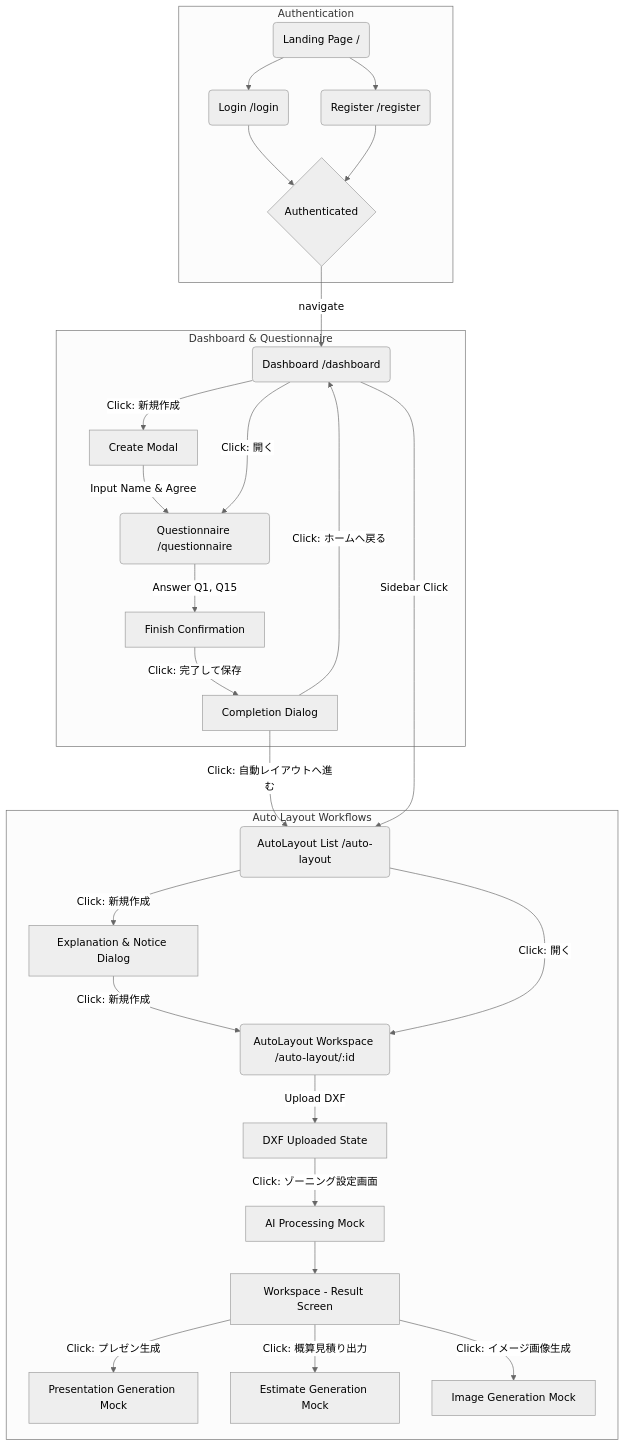
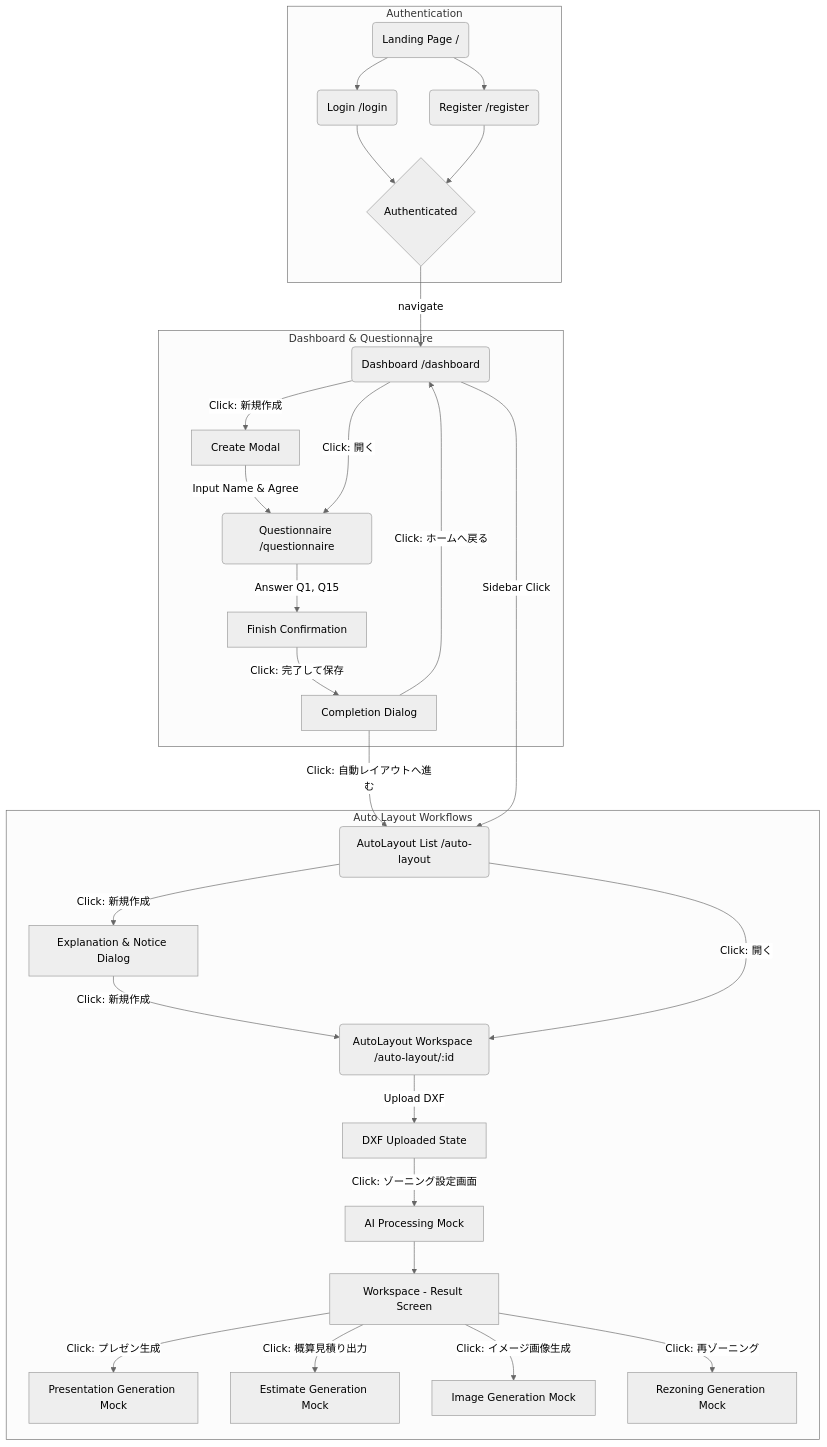
Before and after one commit to Syu-Gyo/DISP-DEMO: the diagram in docs/architecture/flow_diagram.md, drawn with Mermaid (neutral theme). The commit also changed 1 other file, not shown here.

Commit message:
docs: update diagrams to include rezoning generation flow

````diff
--- a/docs/architecture/flow_diagram.md
+++ b/docs/architecture/flow_diagram.md
@@ -3,38 +3,39 @@
 ```mermaid
 flowchart TD
     subgraph auth [Authentication]
         A(Landing Page /) --> B(Login /login)
         A --> C(Register /register)
         B --> D{Authenticated}
         C --> D
     end
 
     subgraph dashboard [Dashboard & Questionnaire]
         D -->|navigate| E(Dashboard /dashboard)
         
         E -->|Click: 新規作成| F[Create Modal]
         F -->|Input Name & Agree| G(Questionnaire /questionnaire)
         E -->|Click: 開く| G
         
         G -->|Answer Q1, Q15| H[Finish Confirmation]
         H -->|Click: 完了して保存| I[Completion Dialog]
     end
 
     subgraph autolayout [Auto Layout Workflows]
         I -->|Click: ホームへ戻る| E
         I -->|Click: 自動レイアウトへ進む| J(AutoLayout List /auto-layout)
         
         E -->|Sidebar Click| J
         
         J -->|Click: 新規作成| K[Explanation & Notice Dialog]
         K -->|Click: 新規作成| L(AutoLayout Workspace /auto-layout/:id)
         
         J -->|Click: 開く| L
         L -->|Upload DXF| M[DXF Uploaded State]
         M -->|Click: ゾーニング設定画面| N[AI Processing Mock]
         N --> O[Workspace - Result Screen]
         O -->|Click: プレゼン生成| P[Presentation Generation Mock]
         O -->|Click: 概算見積り出力| Q[Estimate Generation Mock]
         O -->|Click: イメージ画像生成| R[Image Generation Mock]
+        O -->|Click: 再ゾーニング| S[Rezoning Generation Mock]
     end
 ```
````
